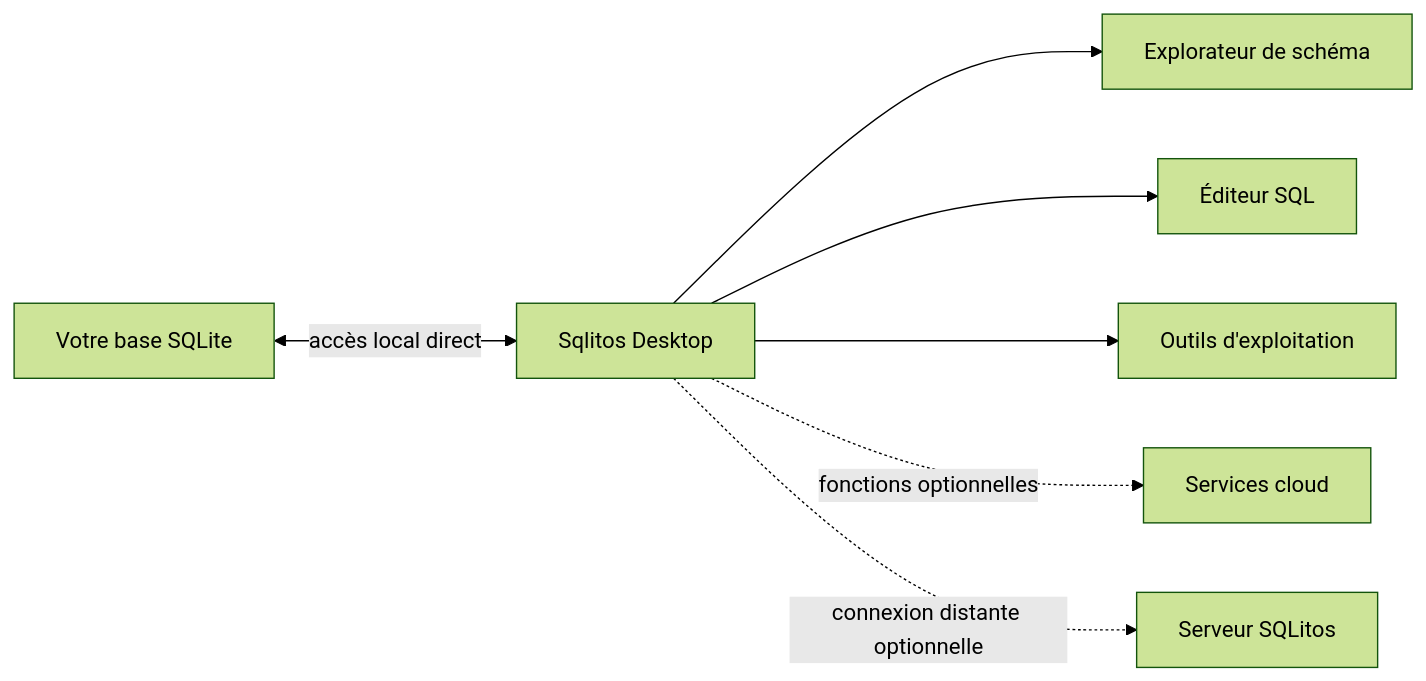
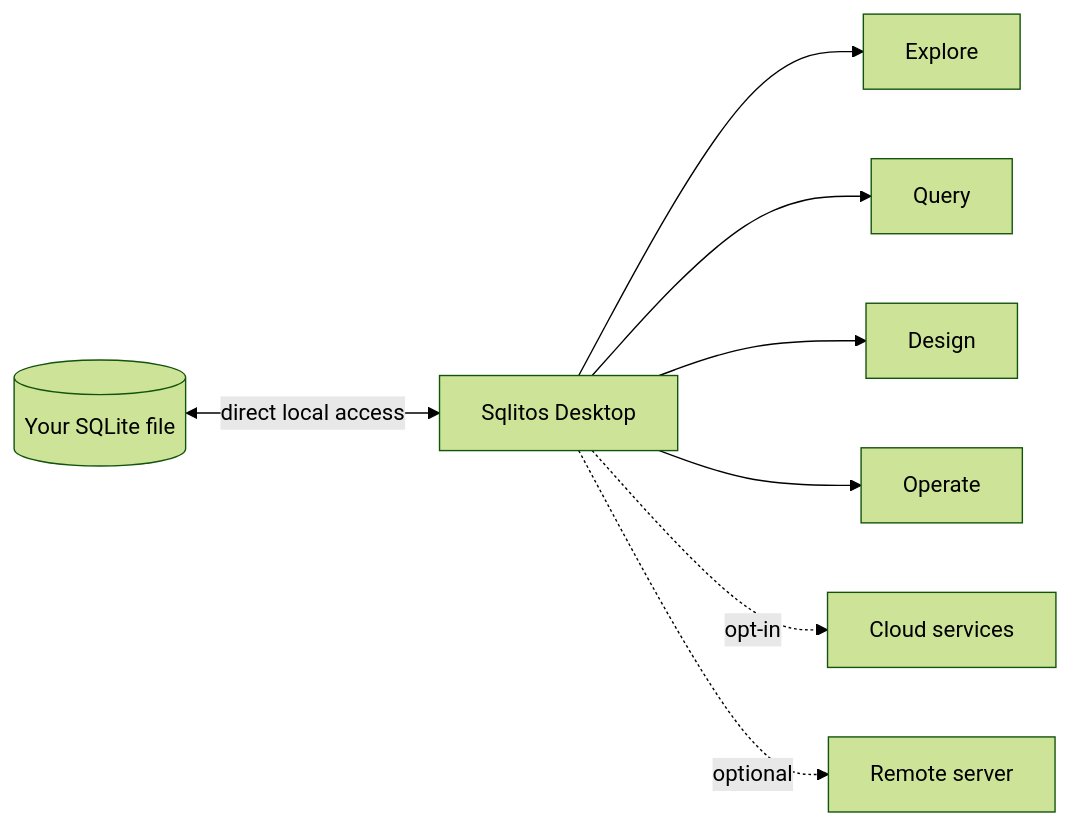
The diagram in README.md (Avomixs-Glitch/Sqlitos), drawn with Mermaid (forest theme) before and after one commit. The commit also changed other lines of this file, not shown here.

````diff
--- a/README.md
+++ b/README.md
@@ -44,9 +88,10 @@
 ```mermaid
 flowchart LR
-  U[Votre base SQLite] <-- accès local direct --> D[Sqlitos Desktop]
-  D --> W[Explorateur de schéma]
-  D --> Q[Éditeur SQL]
-  D --> O[Outils d'exploitation]
-  D -. fonctions optionnelles .-> C[Services cloud]
-  D -. connexion distante optionnelle .-> R[Serveur SQLitos]
+  DB[(Your SQLite file)] <-- direct local access --> APP[Sqlitos Desktop]
+  APP --> EXP[Explore]
+  APP --> SQL[Query]
+  APP --> SCH[Design]
+  APP --> OPS[Operate]
+  APP -. opt-in .-> CLOUD[Cloud services]
+  APP -. optional .-> REMOTE[Remote server]
 ```
````
